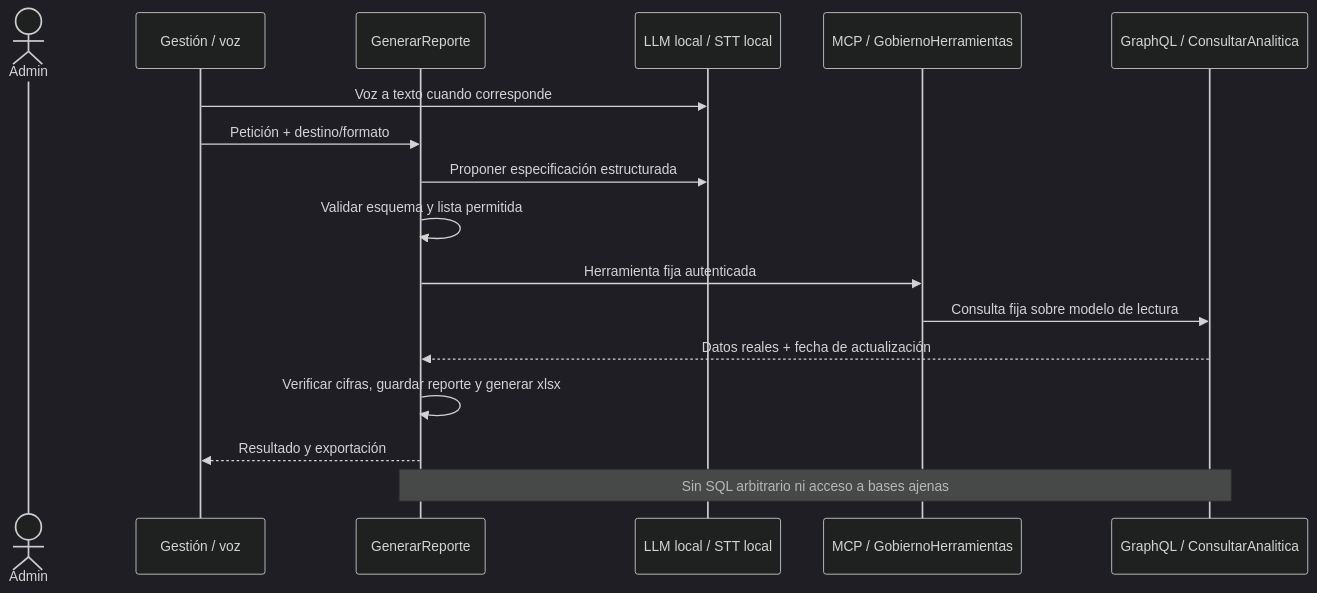
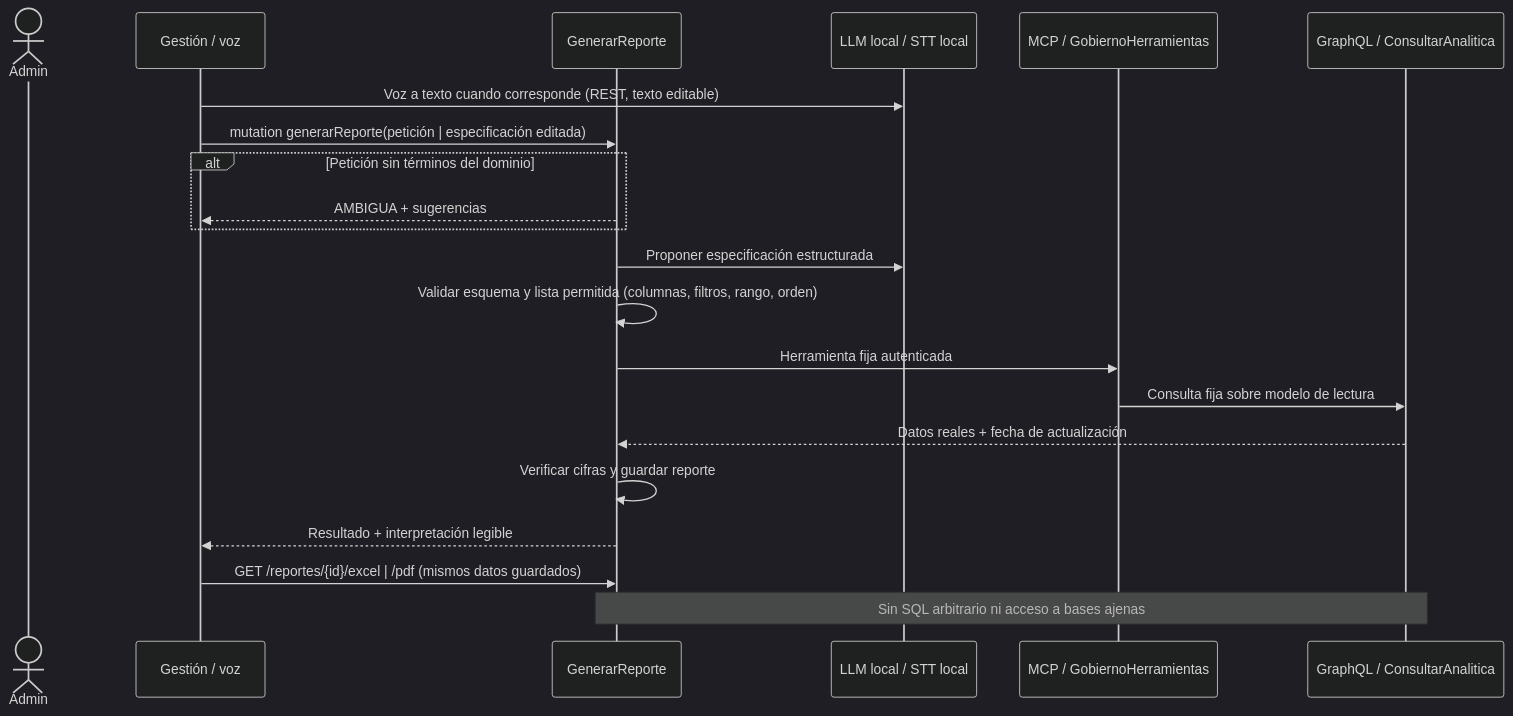
The sixth of 10 diagrams in docs/iconix/secuencias.md (leosb12/CLB-STORE), drawn with Mermaid (dark theme) before and after one commit. The commit also changed other lines of this file and 112 other files, not shown here.

````diff
--- a/docs/iconix/secuencias.md
+++ b/docs/iconix/secuencias.md
@@ -135,19 +139,23 @@
 ```mermaid
 sequenceDiagram
   actor A as Admin
   participant UI as Gestión / voz
   participant R as GenerarReporte
   participant L as LLM local / STT local
   participant M as MCP / GobiernoHerramientas
   participant G as GraphQL / ConsultarAnalitica
-  UI->>L: Voz a texto cuando corresponde
-  UI->>R: Petición + destino/formato
+  UI->>L: Voz a texto cuando corresponde (REST, texto editable)
+  UI->>R: mutation generarReporte(petición | especificación editada)
+  alt Petición sin términos del dominio
+    R-->>UI: AMBIGUA + sugerencias
+  end
   R->>L: Proponer especificación estructurada
-  R->>R: Validar esquema y lista permitida
+  R->>R: Validar esquema y lista permitida (columnas, filtros, rango, orden)
   R->>M: Herramienta fija autenticada
   M->>G: Consulta fija sobre modelo de lectura
   G-->>R: Datos reales + fecha de actualización
-  R->>R: Verificar cifras, guardar reporte y generar xlsx
-  R-->>UI: Resultado y exportación
+  R->>R: Verificar cifras y guardar reporte
+  R-->>UI: Resultado + interpretación legible
+  UI->>R: GET /reportes/{id}/excel | /pdf (mismos datos guardados)
   Note over R,G: Sin SQL arbitrario ni acceso a bases ajenas
 ```
````
